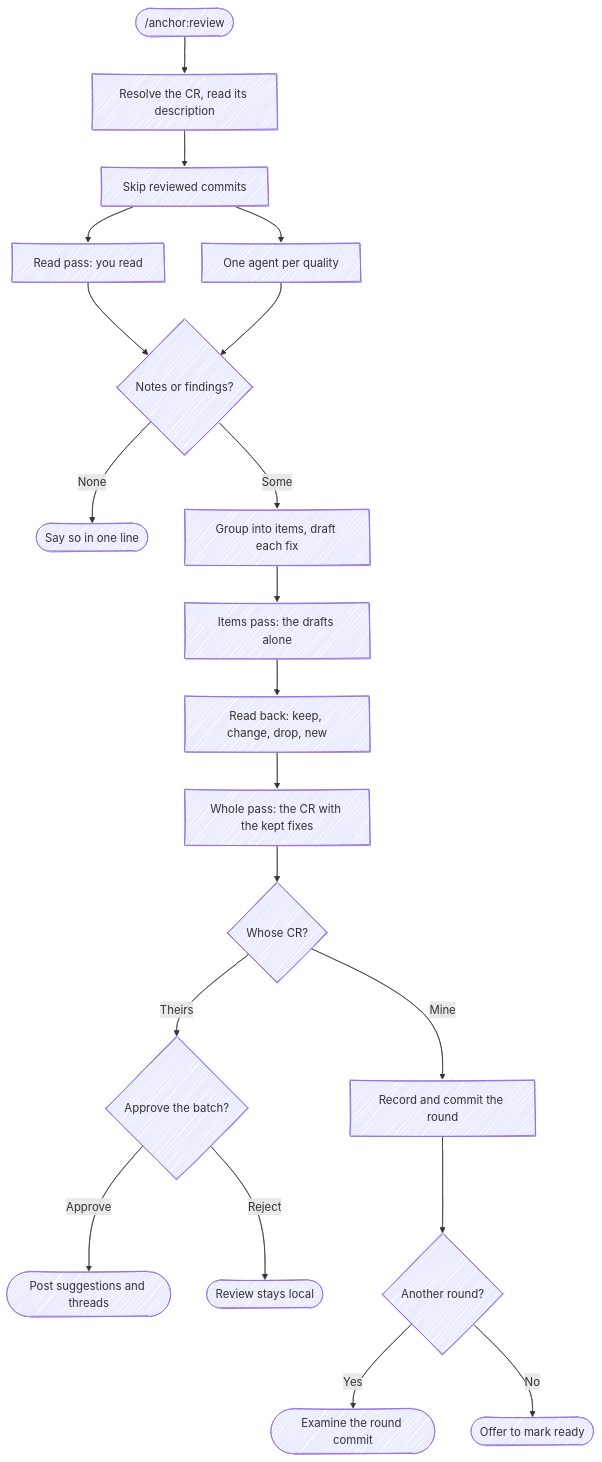
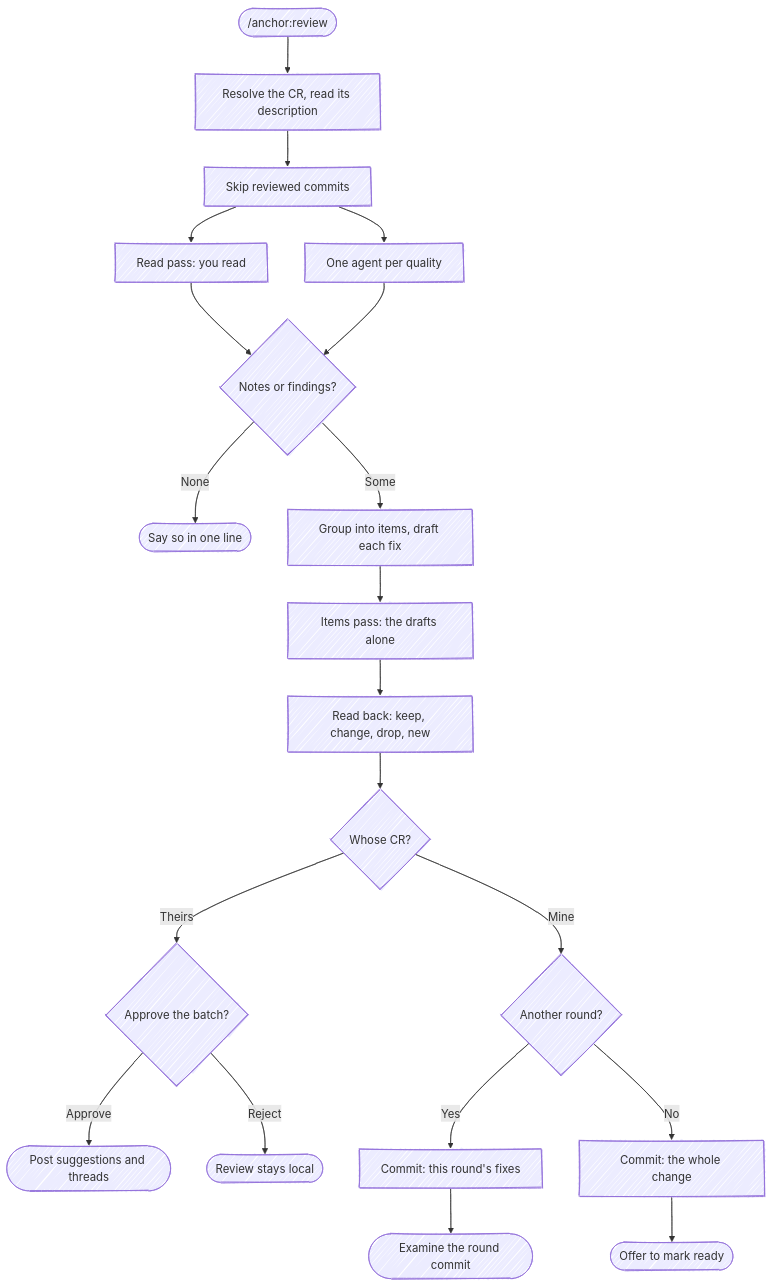
One commit to chris-peterson/anchor changed the diagram in skills/review/SKILL.md. Above: the diagram before and after it, drawn with Mermaid. The commit also changed other lines of this file and 9 other files, not shown here.

````diff
--- a/skills/review/SKILL.md
+++ b/skills/review/SKILL.md
@@ -84,23 +90,23 @@
 ```mermaid
 %%{ init: { 'look': 'handDrawn' } }%%
 flowchart TD
     Start(["/anchor:review"]) --> Fetch["Resolve the CR, read its description"]
     Fetch --> Range["Skip reviewed commits"]
     Range --> ReadPass["Read pass: you read"]
     Range --> Examine["One agent per quality"]
     ReadPass --> Any{Notes or findings?}
     Examine --> Any
     Any -->|None| Empty([Say so in one line])
     Any -->|Some| Triage["Group into items, draft each fix"]
     Triage --> Items["Items pass: the drafts alone"]
     Items --> Read["Read back: keep, change, drop, new"]
-    Read --> Whole["Whole pass: the CR with the kept fixes"]
-    Whole --> Who{Whose CR?}
+    Read --> Who{Whose CR?}
     Who -->|Theirs| Gate{Approve the batch?}
     Gate -->|Approve| Post([Post suggestions and threads])
     Gate -->|Reject| Local([Review stays local])
-    Who -->|Mine| Commit["Record and commit the round"]
-    Commit --> Again{Another round?}
-    Again -->|Yes| Next([Examine the round commit])
-    Again -->|No| Handoff([Offer to mark ready])
+    Who -->|Mine| Again{Another round?}
+    Again -->|Yes| Commit["Commit: this round's fixes"]
+    Commit --> Next([Examine the round commit])
+    Again -->|No| Last["Commit: the whole change"]
+    Last --> Handoff([Offer to mark ready])
 ```
````
